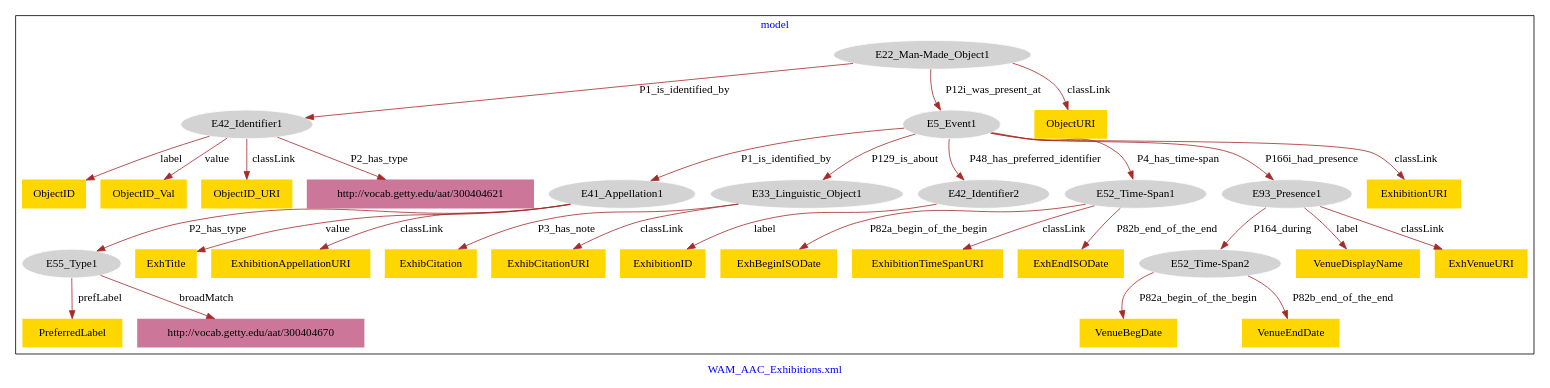
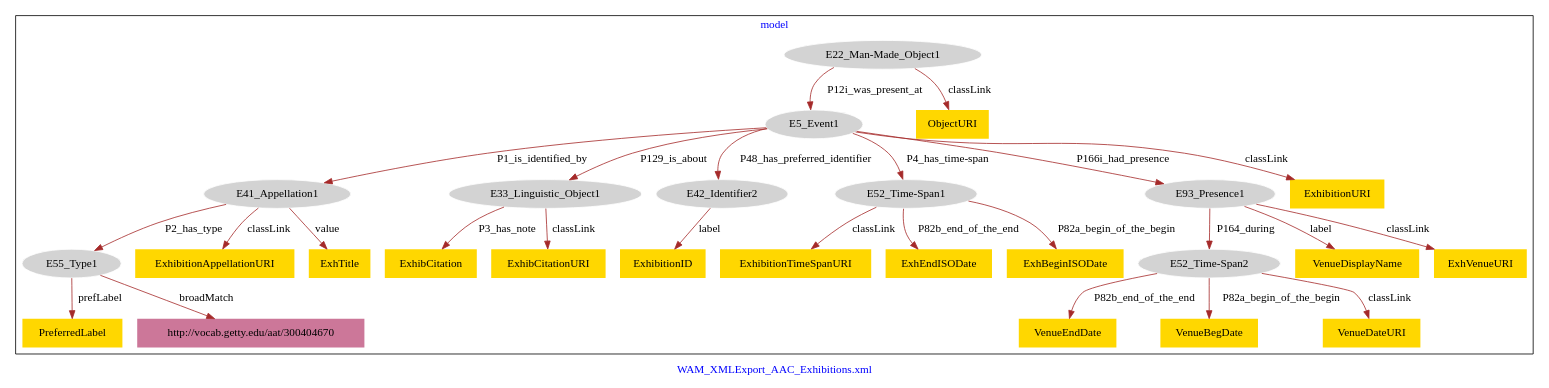
The diagram in WAM_AAC_Exhibitions/WAM_AAC_Exhibitions-model.dot (american-art/wam), drawn with Graphviz before and after one commit.

Commit message:
Update file WAM_AAC_Exhibitions-model.dot

```diff
--- a/WAM_AAC_Exhibitions/WAM_AAC_Exhibitions-model.dot
+++ b/WAM_AAC_Exhibitions/WAM_AAC_Exhibitions-model.dot
@@ -1,67 +1,59 @@
 digraph n0 {
 fontcolor="blue"
 remincross="true"
-label="WAM_AAC_Exhibitions.xml"
+label="WAM_XMLExport_AAC_Exhibitions.xml"
 subgraph cluster {
 label="model"
 n2[style="filled",color="white",fillcolor="lightgray",label="E22_Man-Made_Object1"];
-n3[style="filled",color="white",fillcolor="lightgray",label="E42_Identifier1"];
-n4[style="filled",color="white",fillcolor="lightgray",label="E5_Event1"];
-n5[style="filled",color="white",fillcolor="lightgray",label="E41_Appellation1"];
-n6[style="filled",color="white",fillcolor="lightgray",label="E55_Type1"];
-n7[style="filled",color="white",fillcolor="lightgray",label="E33_Linguistic_Object1"];
-n8[style="filled",color="white",fillcolor="lightgray",label="E42_Identifier2"];
-n9[style="filled",color="white",fillcolor="lightgray",label="E52_Time-Span1"];
-n10[style="filled",color="white",fillcolor="lightgray",label="E93_Presence1"];
-n11[style="filled",color="white",fillcolor="lightgray",label="E52_Time-Span2"];
-n12[shape="plaintext",style="filled",fillcolor="gold",label="ExhTitle"];
-n13[shape="plaintext",style="filled",fillcolor="gold",label="ObjectID"];
-n14[shape="plaintext",style="filled",fillcolor="gold",label="ObjectID_Val"];
-n15[shape="plaintext",style="filled",fillcolor="gold",label="ExhBeginISODate"];
-n16[shape="plaintext",style="filled",fillcolor="gold",label="VenueBegDate"];
-n17[shape="plaintext",style="filled",fillcolor="gold",label="VenueDisplayName"];
-n18[shape="plaintext",style="filled",fillcolor="gold",label="VenueEndDate"];
-n19[shape="plaintext",style="filled",fillcolor="gold",label="ExhibitionID"];
-n20[shape="plaintext",style="filled",fillcolor="gold",label="ObjectID_URI"];
-n21[shape="plaintext",style="filled",fillcolor="gold",label="ObjectURI"];
-n22[shape="plaintext",style="filled",fillcolor="gold",label="ExhibCitation"];
-n23[shape="plaintext",style="filled",fillcolor="gold",label="PreferredLabel"];
-n24[shape="plaintext",style="filled",fillcolor="gold",label="ExhibCitationURI"];
-n25[shape="plaintext",style="filled",fillcolor="gold",label="ExhibitionTimeSpanURI"];
-n26[shape="plaintext",style="filled",fillcolor="gold",label="ExhibitionURI"];
-n27[shape="plaintext",style="filled",fillcolor="gold",label="ExhibitionAppellationURI"];
-n28[shape="plaintext",style="filled",fillcolor="gold",label="ExhVenueURI"];
-n29[shape="plaintext",style="filled",fillcolor="gold",label="ExhEndISODate"];
-n30[shape="plaintext",style="filled",fillcolor="#CC7799",label="http://vocab.getty.edu/aat/300404621"];
-n31[shape="plaintext",style="filled",fillcolor="#CC7799",label="http://vocab.getty.edu/aat/300404670"];
+n3[style="filled",color="white",fillcolor="lightgray",label="E5_Event1"];
+n4[style="filled",color="white",fillcolor="lightgray",label="E41_Appellation1"];
+n5[style="filled",color="white",fillcolor="lightgray",label="E55_Type1"];
+n6[style="filled",color="white",fillcolor="lightgray",label="E33_Linguistic_Object1"];
+n7[style="filled",color="white",fillcolor="lightgray",label="E42_Identifier2"];
+n8[style="filled",color="white",fillcolor="lightgray",label="E52_Time-Span1"];
+n9[style="filled",color="white",fillcolor="lightgray",label="E93_Presence1"];
+n10[style="filled",color="white",fillcolor="lightgray",label="E52_Time-Span2"];
+n11[shape="plaintext",style="filled",fillcolor="gold",label="ExhibitionTimeSpanURI"];
+n12[shape="plaintext",style="filled",fillcolor="gold",label="ExhibitionID"];
+n13[shape="plaintext",style="filled",fillcolor="gold",label="VenueDisplayName"];
+n14[shape="plaintext",style="filled",fillcolor="gold",label="VenueEndDate"];
+n15[shape="plaintext",style="filled",fillcolor="gold",label="ExhibitionAppellationURI"];
+n16[shape="plaintext",style="filled",fillcolor="gold",label="PreferredLabel"];
+n17[shape="plaintext",style="filled",fillcolor="gold",label="ExhibCitation"];
+n18[shape="plaintext",style="filled",fillcolor="gold",label="VenueBegDate"];
+n19[shape="plaintext",style="filled",fillcolor="gold",label="ExhTitle"];
+n20[shape="plaintext",style="filled",fillcolor="gold",label="ExhEndISODate"];
+n21[shape="plaintext",style="filled",fillcolor="gold",label="ExhBeginISODate"];
+n22[shape="plaintext",style="filled",fillcolor="gold",label="ExhibCitationURI"];
+n23[shape="plaintext",style="filled",fillcolor="gold",label="ExhibitionURI"];
+n24[shape="plaintext",style="filled",fillcolor="gold",label="VenueDateURI"];
+n25[shape="plaintext",style="filled",fillcolor="gold",label="ExhVenueURI"];
+n26[shape="plaintext",style="filled",fillcolor="gold",label="ObjectURI"];
+n27[shape="plaintext",style="filled",fillcolor="#CC7799",label="http://vocab.getty.edu/aat/300404670"];
 }
-n2 -> n3[color="brown",fontcolor="black",label="P1_is_identified_by"]
-n2 -> n4[color="brown",fontcolor="black",label="P12i_was_present_at"]
-n5 -> n6[color="brown",fontcolor="black",label="P2_has_type"]
-n4 -> n7[color="brown",fontcolor="black",label="P129_is_about"]
-n4 -> n5[color="brown",fontcolor="black",label="P1_is_identified_by"]
-n4 -> n8[color="brown",fontcolor="black",label="P48_has_preferred_identifier"]
-n4 -> n9[color="brown",fontcolor="black",label="P4_has_time-span"]
-n4 -> n10[color="brown",fontcolor="black",label="P166i_had_presence"]
-n10 -> n11[color="brown",fontcolor="black",label="P164_during"]
-n5 -> n12[color="brown",fontcolor="black",label="value"]
-n3 -> n13[color="brown",fontcolor="black",label="label"]
-n3 -> n14[color="brown",fontcolor="black",label="value"]
-n9 -> n15[color="brown",fontcolor="black",label="P82a_begin_of_the_begin"]
-n11 -> n16[color="brown",fontcolor="black",label="P82a_begin_of_the_begin"]
-n10 -> n17[color="brown",fontcolor="black",label="label"]
-n11 -> n18[color="brown",fontcolor="black",label="P82b_end_of_the_end"]
-n8 -> n19[color="brown",fontcolor="black",label="label"]
-n3 -> n20[color="brown",fontcolor="black",label="classLink"]
-n2 -> n21[color="brown",fontcolor="black",label="classLink"]
-n7 -> n22[color="brown",fontcolor="black",label="P3_has_note"]
-n6 -> n23[color="brown",fontcolor="black",label="prefLabel"]
-n7 -> n24[color="brown",fontcolor="black",label="classLink"]
+n2 -> n3[color="brown",fontcolor="black",label="P12i_was_present_at"]
+n4 -> n5[color="brown",fontcolor="black",label="P2_has_type"]
+n3 -> n6[color="brown",fontcolor="black",label="P129_is_about"]
+n3 -> n4[color="brown",fontcolor="black",label="P1_is_identified_by"]
+n3 -> n7[color="brown",fontcolor="black",label="P48_has_preferred_identifier"]
+n3 -> n8[color="brown",fontcolor="black",label="P4_has_time-span"]
+n3 -> n9[color="brown",fontcolor="black",label="P166i_had_presence"]
+n9 -> n10[color="brown",fontcolor="black",label="P164_during"]
+n8 -> n11[color="brown",fontcolor="black",label="classLink"]
+n7 -> n12[color="brown",fontcolor="black",label="label"]
+n9 -> n13[color="brown",fontcolor="black",label="label"]
+n10 -> n14[color="brown",fontcolor="black",label="P82b_end_of_the_end"]
+n4 -> n15[color="brown",fontcolor="black",label="classLink"]
+n5 -> n16[color="brown",fontcolor="black",label="prefLabel"]
+n6 -> n17[color="brown",fontcolor="black",label="P3_has_note"]
+n10 -> n18[color="brown",fontcolor="black",label="P82a_begin_of_the_begin"]
+n4 -> n19[color="brown",fontcolor="black",label="value"]
+n8 -> n20[color="brown",fontcolor="black",label="P82b_end_of_the_end"]
+n8 -> n21[color="brown",fontcolor="black",label="P82a_begin_of_the_begin"]
+n6 -> n22[color="brown",fontcolor="black",label="classLink"]
+n3 -> n23[color="brown",fontcolor="black",label="classLink"]
+n10 -> n24[color="brown",fontcolor="black",label="classLink"]
 n9 -> n25[color="brown",fontcolor="black",label="classLink"]
-n4 -> n26[color="brown",fontcolor="black",label="classLink"]
-n5 -> n27[color="brown",fontcolor="black",label="classLink"]
-n10 -> n28[color="brown",fontcolor="black",label="classLink"]
-n9 -> n29[color="brown",fontcolor="black",label="P82b_end_of_the_end"]
-n3 -> n30[color="brown",fontcolor="black",label="P2_has_type"]
-n6 -> n31[color="brown",fontcolor="black",label="broadMatch"]
+n2 -> n26[color="brown",fontcolor="black",label="classLink"]
+n5 -> n27[color="brown",fontcolor="black",label="broadMatch"]
 }
```
